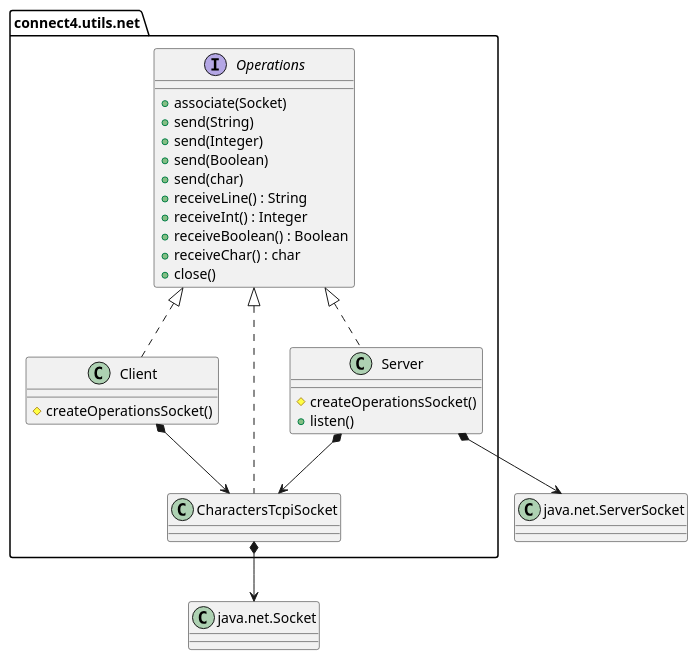
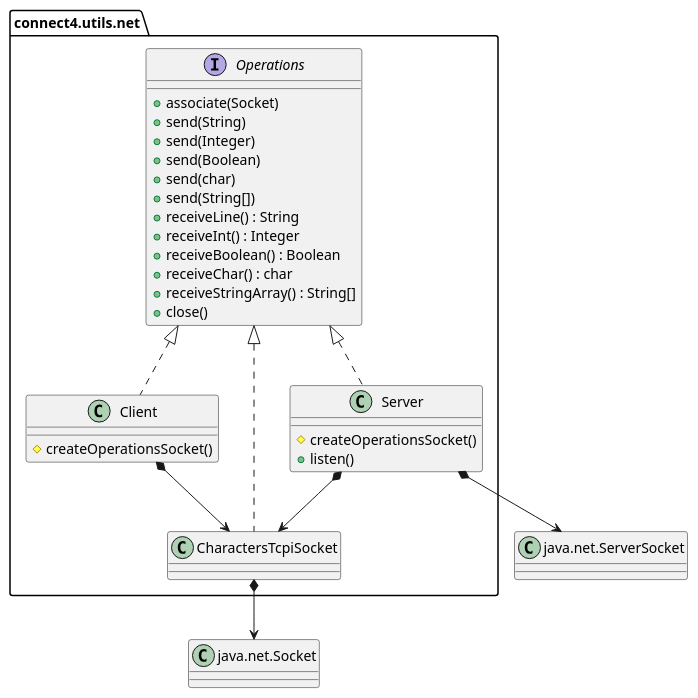
One commit to js-rom/connect4 changed the diagram in connect4/Docs/diagrams/src/packages/connect4.utils.net.plantuml. Above: the diagram before and after it, drawn with PlantUML. The commit also changed 10 other files, not shown here.

```diff
--- a/connect4/Docs/diagrams/src/packages/connect4.utils.net.plantuml
+++ b/connect4/Docs/diagrams/src/packages/connect4.utils.net.plantuml
@@ -1,39 +1,41 @@
 @startuml utils.net
 
 package net as "connect4.utils.net" {
     interface Operations {
         + associate(Socket)
         + send(String)
         + send(Integer)
         +send(Boolean)
         +send(char)
+        + send(String[])
         + receiveLine() : String
         + receiveInt() : Integer
         + receiveBoolean() : Boolean
         + receiveChar() : char
+        + receiveStringArray() : String[]
         + close()
     }
     class Client {
         # createOperationsSocket()
     }
     class Server {
         # createOperationsSocket()
         + listen()
     }
     class CharactersTcpiSocket {
 
     }
 }
 
 class ServerSocket as "java.net.ServerSocket"
 class Socket as "java.net.Socket"
 
 Operations <|.. net.Client
 Operations <|.. net.Server
 Operations <|.. net.CharactersTcpiSocket
 net.Client *--> net.CharactersTcpiSocket
 net.Server *--> net.CharactersTcpiSocket
 net.Server *--> ServerSocket
 net.CharactersTcpiSocket *--> Socket
 
 @enduml
```
